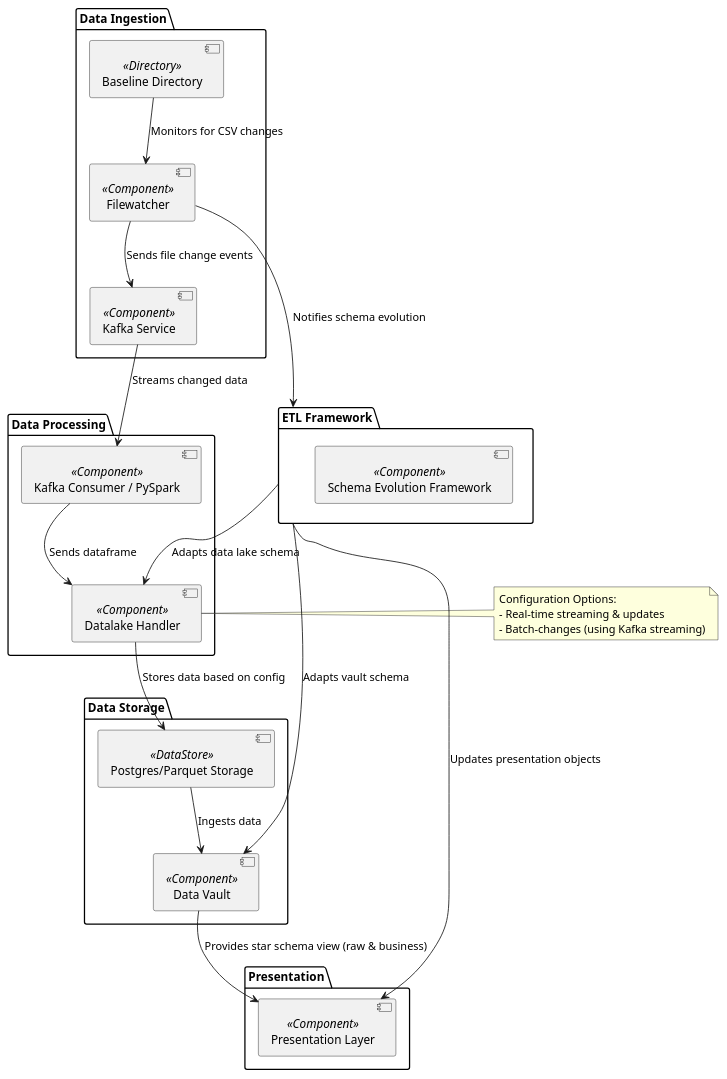
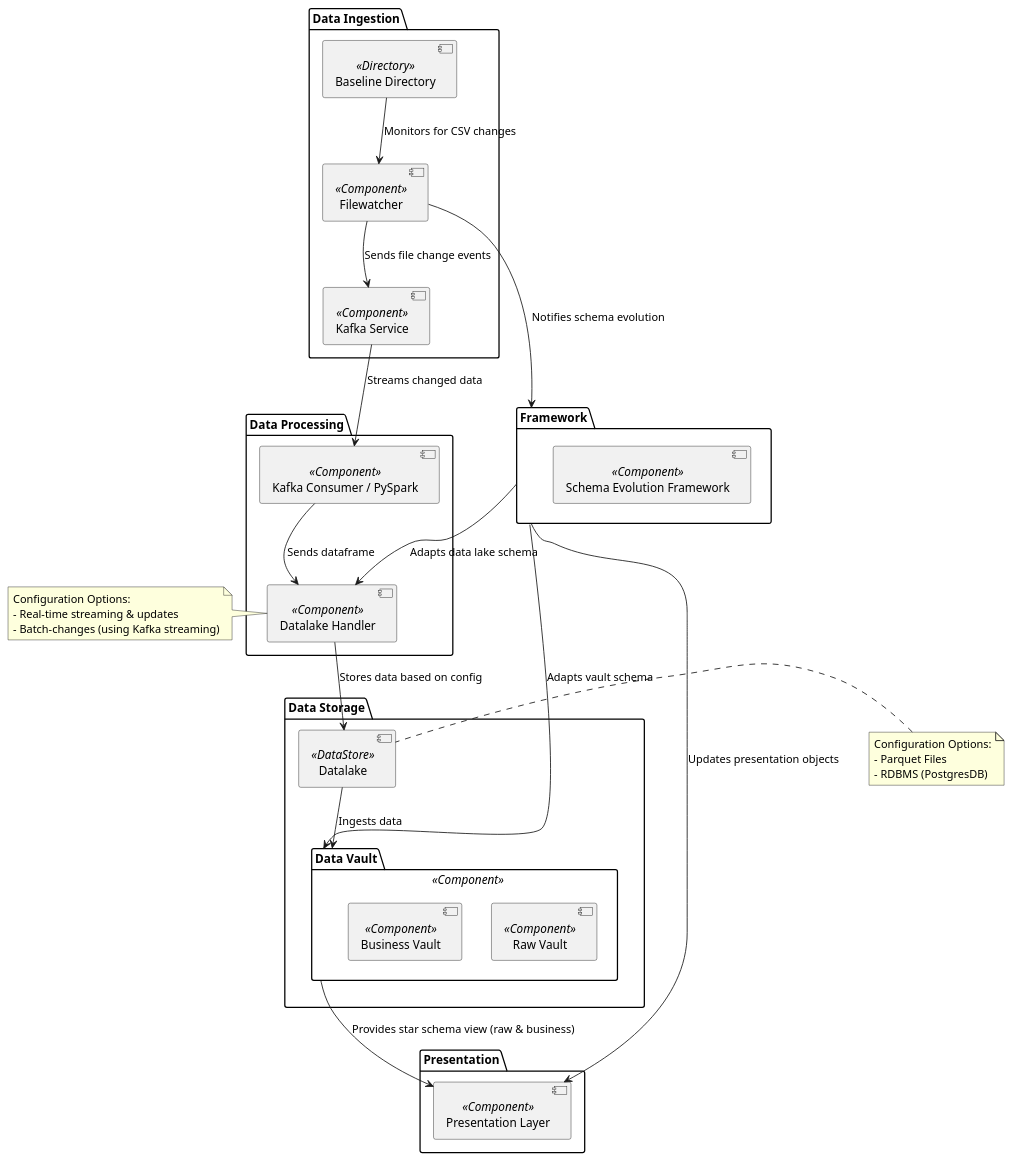
One commit to Automated-Datavault-Schema-Evolution/DataLake changed the diagram in Architecture/automation-framework/component.puml. Above: the diagram before and after it, drawn with PlantUML. The commit also changed 16 other files, not shown here.

Commit message:
diagrams

```diff
--- a/Architecture/automation-framework/component.puml
+++ b/Architecture/automation-framework/component.puml
@@ -1,48 +1,60 @@
 @startuml
 ' Define packages for clarity
 package "Data Ingestion" {
   [Baseline Directory] <<Directory>>
   [Filewatcher] <<Component>>
   [Kafka Service] <<Component>>
 }
 
 package "Data Processing" {
   [Kafka Consumer / PySpark] <<Component>>
   [Datalake Handler] <<Component>>
 }
 
 package "Data Storage" {
-  [Postgres/Parquet Storage] <<DataStore>>
+  [Datalake] <<DataStore>>
   [Data Vault] <<Component>>
 }
 
 package "Presentation" {
   [Presentation Layer] <<Component>>
 }
 
-package "ETL Framework" {
+package "Framework" {
   [Schema Evolution Framework] <<Component>>
+}
+
+package "Data Vault" {
+    [Raw Vault] <<Component>>
+    [Business Vault] <<Component>>
 }
 
 ' Show interactions between components
 [Baseline Directory] --> [Filewatcher] : Monitors for CSV changes
 [Filewatcher] --> [Kafka Service] : Sends file change events
 [Kafka Service] --> [Kafka Consumer / PySpark] : Streams changed data
 [Kafka Consumer / PySpark] --> [Datalake Handler] : Sends dataframe
 
-note right of [Datalake Handler]
+note left of [Datalake Handler]
   Configuration Options:
   - Real-time streaming & updates
   - Batch-changes (using Kafka streaming)
 end note
 
-[Datalake Handler] --> [Postgres/Parquet Storage] : Stores data based on config
-[Postgres/Parquet Storage] --> [Data Vault] : Ingests data
+note left of [Datalake]
+    Configuration Options:
+    - Parquet Files
+    - RDBMS (PostgresDB)
+end note
+
+
+[Datalake Handler] --> [Datalake] : Stores data based on config
+[Datalake] --> [Data Vault] : Ingests data
 [Data Vault] --> [Presentation Layer] : Provides star schema view (raw & business)
 
-' Integration of ETL Framework
-[Filewatcher] --> [ETL Framework] : Notifies schema evolution
-[ETL Framework] --> [Datalake Handler] : Adapts data lake schema
-[ETL Framework] --> [Data Vault] : Adapts vault schema
-[ETL Framework] --> [Presentation Layer] : Updates presentation objects
+' Integration of Schema Evolution Framework
+[Filewatcher] --> [Framework] : Notifies schema evolution
+[Framework] --> [Datalake Handler] : Adapts data lake schema
+[Framework] --> [Data Vault] : Adapts vault schema
+[Framework] --> [Presentation Layer] : Updates presentation objects
 @enduml
```
